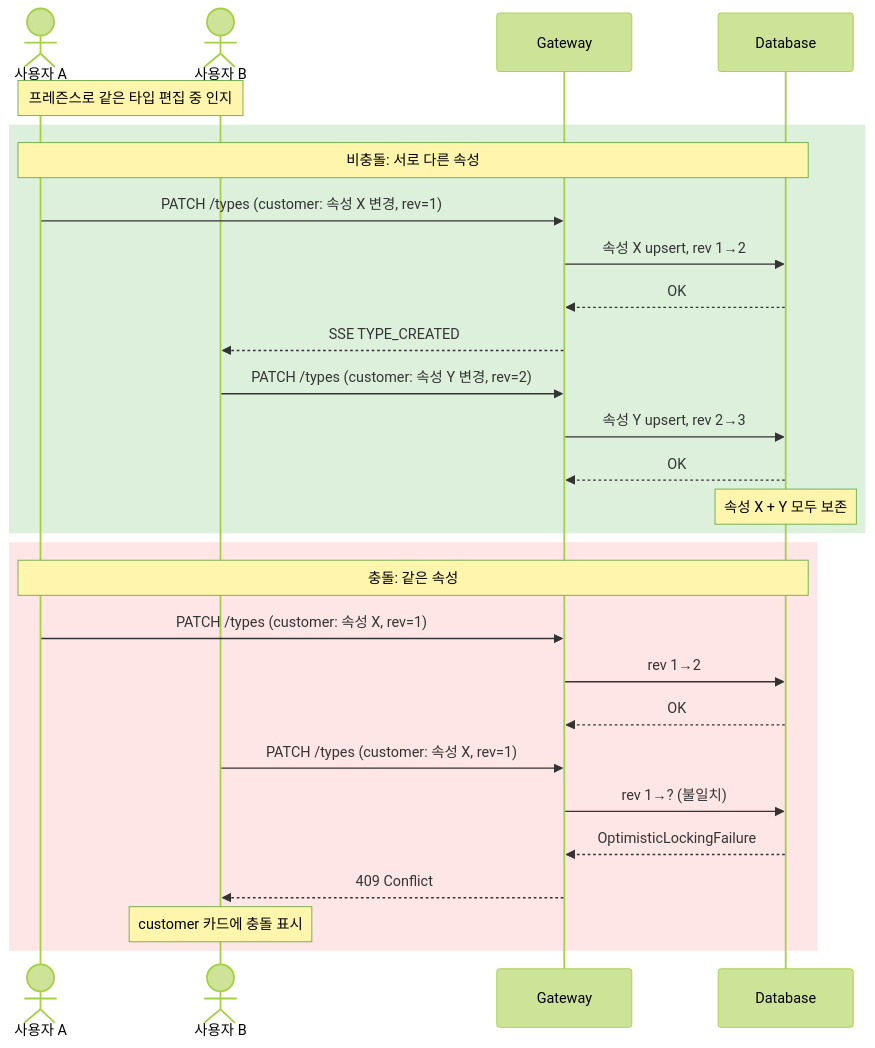
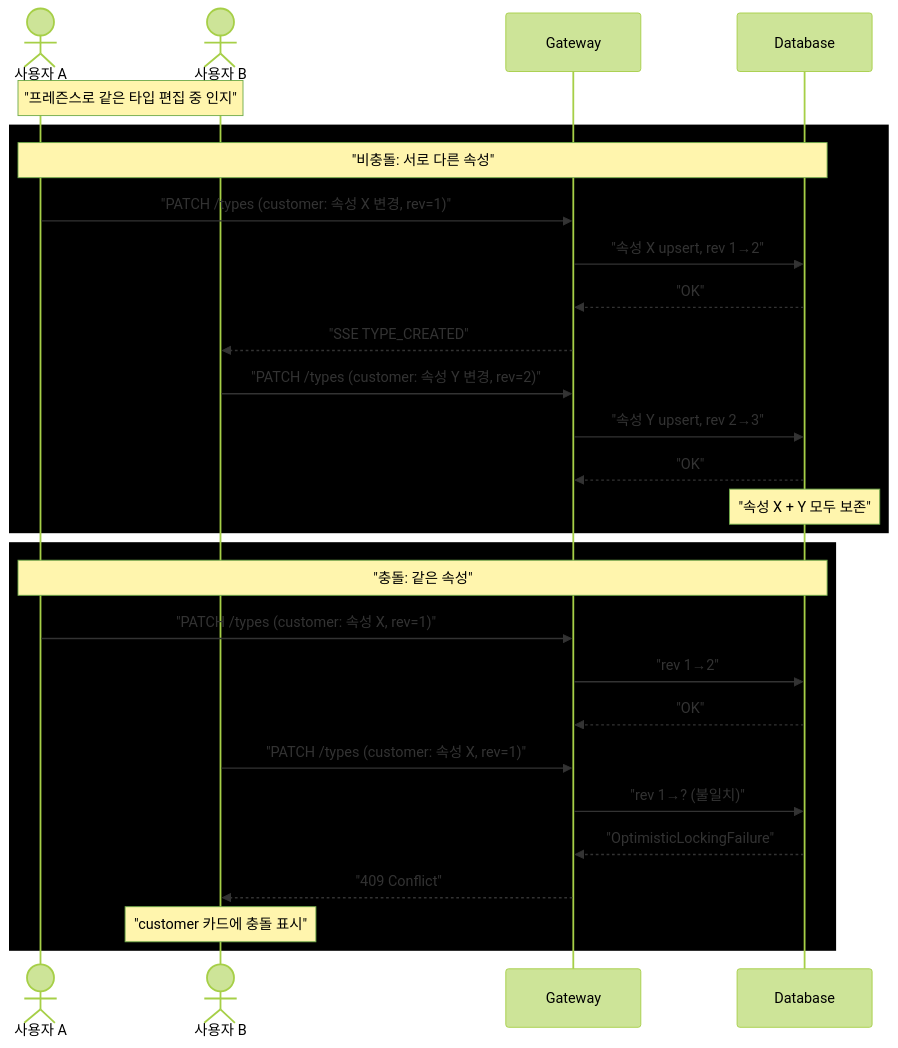
One commit to sayaya1090/handbook changed diagram 11 of 13 in type-ui/USECASE.md. Above: the diagram before and after it, drawn with Mermaid (forest theme). The commit also changed other lines of this file and 22 other files, not shown here.

First line of the commit message:
docs: Mermaid 다이어그램 렌더링 오류 수정을 위한 구문 전수 교정

````diff
--- a/type-ui/USECASE.md
+++ b/type-ui/USECASE.md
@@ -464,35 +464,35 @@
 ```mermaid
 sequenceDiagram
     actor A as 사용자 A
     actor B as 사용자 B
     participant GW as Gateway
     participant DB as Database
 
-    Note over A,B: 프레즌스로 같은 타입 편집 중 인지
+    Note over A,B: "프레즌스로 같은 타입 편집 중 인지"
 
-    rect rgb(220, 240, 220)
-        Note over A,DB: 비충돌: 서로 다른 속성
-        A->>GW: PATCH /types (customer: 속성 X 변경, rev=1)
-        GW->>DB: 속성 X upsert, rev 1→2
-        DB-->>GW: OK
-        GW-->>B: SSE TYPE_CREATED
+    rect "rgb(220, 240, 220)"
+        Note over A,DB: "비충돌: 서로 다른 속성"
+        A->>GW: "PATCH /types (customer: 속성 X 변경, rev=1)"
+        GW->>DB: "속성 X upsert, rev 1→2"
+        DB-->>GW: "OK"
+        GW-->>B: "SSE TYPE_CREATED"
 
-        B->>GW: PATCH /types (customer: 속성 Y 변경, rev=2)
-        GW->>DB: 속성 Y upsert, rev 2→3
-        DB-->>GW: OK
-        Note over DB: 속성 X + Y 모두 보존
+        B->>GW: "PATCH /types (customer: 속성 Y 변경, rev=2)"
+        GW->>DB: "속성 Y upsert, rev 2→3"
+        DB-->>GW: "OK"
+        Note over DB: "속성 X + Y 모두 보존"
     end
 
-    rect rgb(255, 230, 230)
-        Note over A,DB: 충돌: 같은 속성
-        A->>GW: PATCH /types (customer: 속성 X, rev=1)
-        GW->>DB: rev 1→2
-        DB-->>GW: OK
+    rect "rgb(255, 230, 230)"
+        Note over A,DB: "충돌: 같은 속성"
+        A->>GW: "PATCH /types (customer: 속성 X, rev=1)"
+        GW->>DB: "rev 1→2"
+        DB-->>GW: "OK"
 
-        B->>GW: PATCH /types (customer: 속성 X, rev=1)
-        GW->>DB: rev 1→? (불일치)
-        DB-->>GW: OptimisticLockingFailure
-        GW-->>B: 409 Conflict
-        Note over B: customer 카드에 충돌 표시
+        B->>GW: "PATCH /types (customer: 속성 X, rev=1)"
+        GW->>DB: "rev 1→? (불일치)"
+        DB-->>GW: "OptimisticLockingFailure"
+        GW-->>B: "409 Conflict"
+        Note over B: "customer 카드에 충돌 표시"
     end
 ```
````
